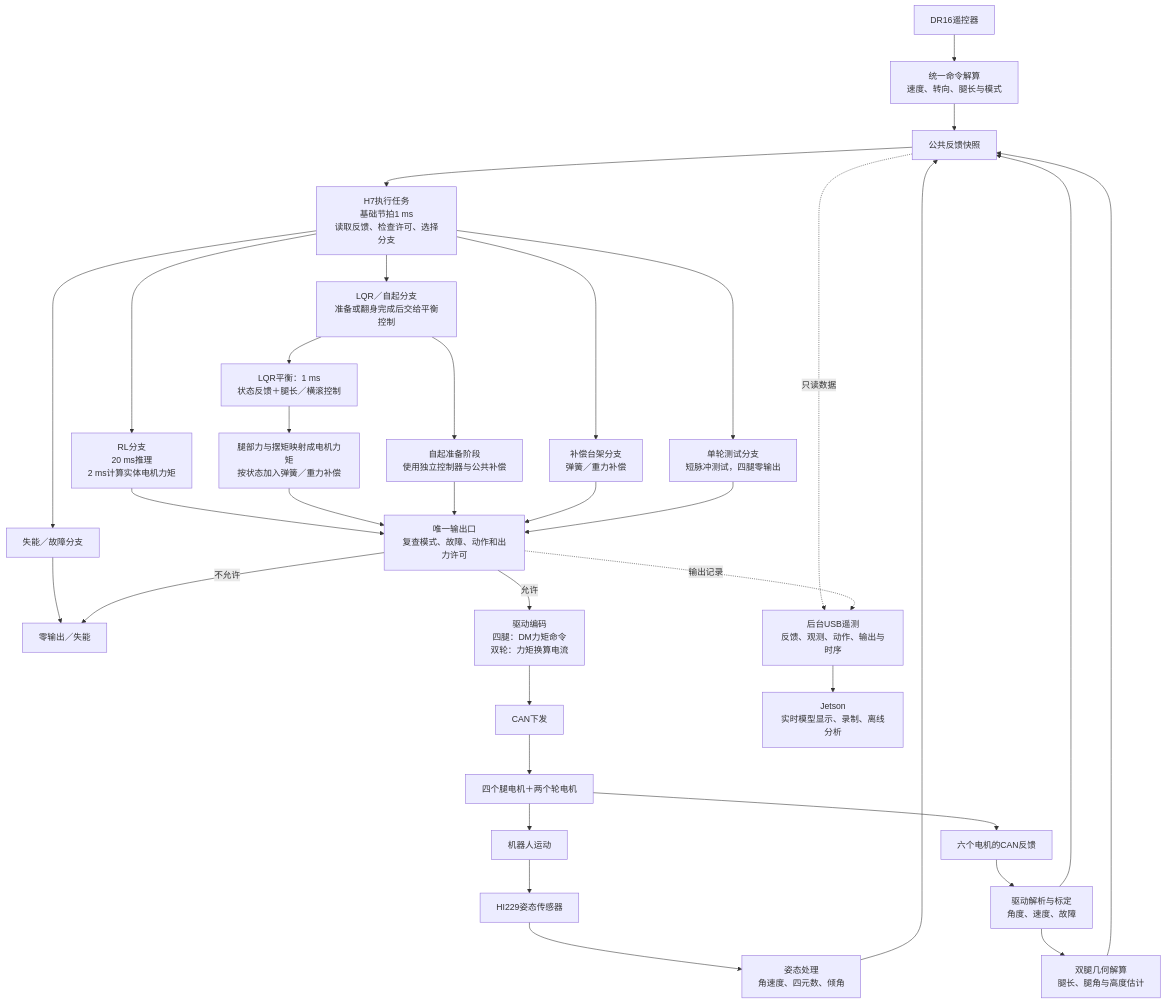
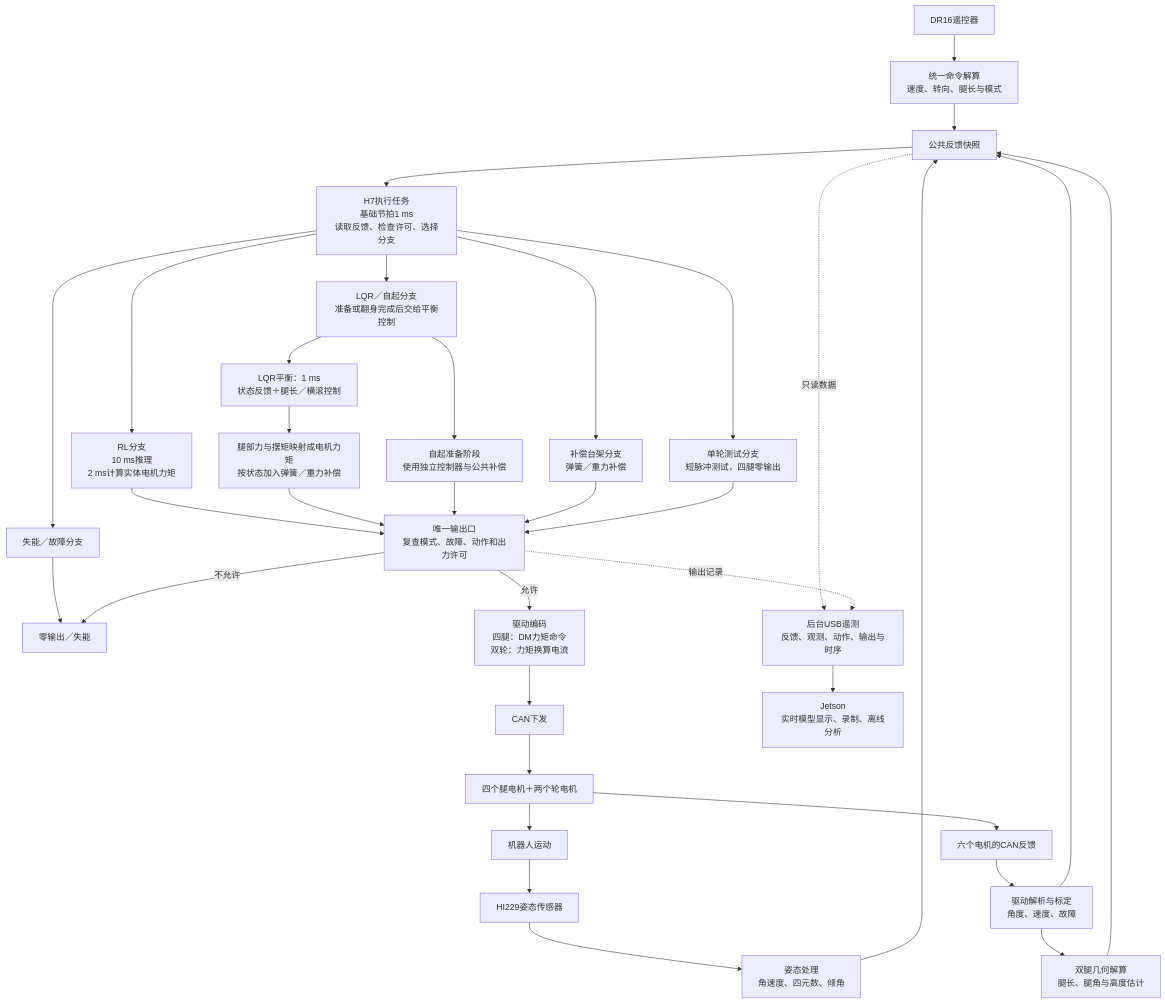
Before and after one commit to zn1135/wheelleg_RL_2026: the second of 4 diagrams in docs/ai/architecture.md, drawn with Mermaid. The commit also changed other lines of this file and 46 other files, not shown here.

````diff
--- a/docs/ai/architecture.md
+++ b/docs/ai/architecture.md
@@ -61,38 +63,38 @@
 ```mermaid
 flowchart TB
     RC["DR16遥控器"] --> CMD["统一命令解算<br/>速度、转向、腿长与模式"]
     IMU["HI229姿态传感器"] --> IP["姿态处理<br/>角速度、四元数、倾角"]
     FB["六个电机的CAN反馈"] --> MP["驱动解析与标定<br/>角度、速度、故障"]
     MP --> GEO["双腿几何解算<br/>腿长、腿角与高度估计"]
     CMD --> SNAP["公共反馈快照"]
     IP --> SNAP
     MP --> SNAP
     GEO --> SNAP
     SNAP --> ACT["H7执行任务<br/>基础节拍1 ms<br/>读取反馈、检查许可、选择分支"]
 
-    ACT --> RL["RL分支<br/>20 ms推理<br/>2 ms计算实体电机力矩"]
+    ACT --> RL["RL分支<br/>10 ms推理<br/>2 ms计算实体电机力矩"]
     ACT --> SU["LQR／自起分支<br/>准备或翻身完成后交给平衡控制"]
     SU --> LQR["LQR平衡：1 ms<br/>状态反馈＋腿长／横滚控制"]
     LQR --> MAP["腿部力与摆矩映射成电机力矩<br/>按状态加入弹簧／重力补偿"]
     SU --> ST["自起准备阶段<br/>使用独立控制器与公共补偿"]
     ACT --> COMP["补偿台架分支<br/>弹簧／重力补偿"]
     ACT --> BENCH["单轮测试分支<br/>短脉冲测试，四腿零输出"]
     RL --> OUT["唯一输出口<br/>复查模式、故障、动作和出力许可"]
     MAP --> OUT
     ST --> OUT
     COMP --> OUT
     BENCH --> OUT
     ACT --> OFF["失能／故障分支"]
     OFF --> ZERO["零输出／失能"]
     OUT -->|允许| DRIVER["驱动编码<br/>四腿：DM力矩命令<br/>双轮：力矩换算电流"]
     OUT -->|不允许| ZERO
     DRIVER --> CAN["CAN下发"]
     CAN --> MOTOR["四个腿电机＋两个轮电机"]
     MOTOR --> BODY["机器人运动"]
     BODY --> IMU
     MOTOR --> FB
 
     SNAP -. 只读数据 .-> LOG["后台USB遥测<br/>反馈、观测、动作、输出与时序"]
     OUT -. 输出记录 .-> LOG
     LOG --> JET["Jetson<br/>实时模型显示、录制、离线分析"]
 ```
````
